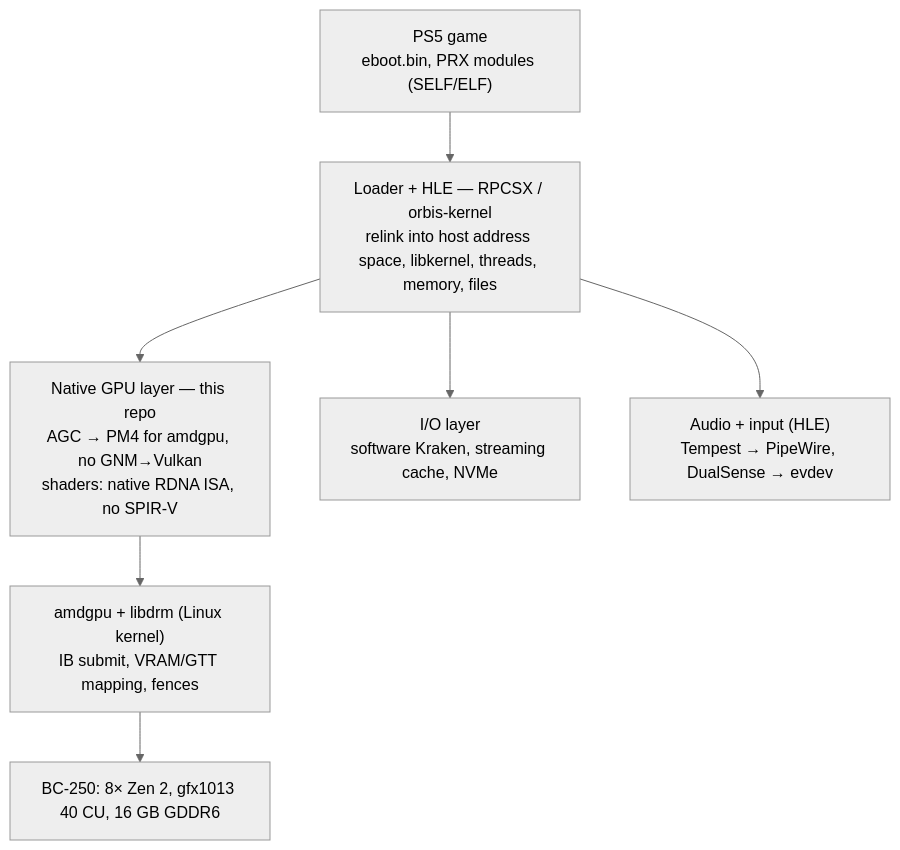
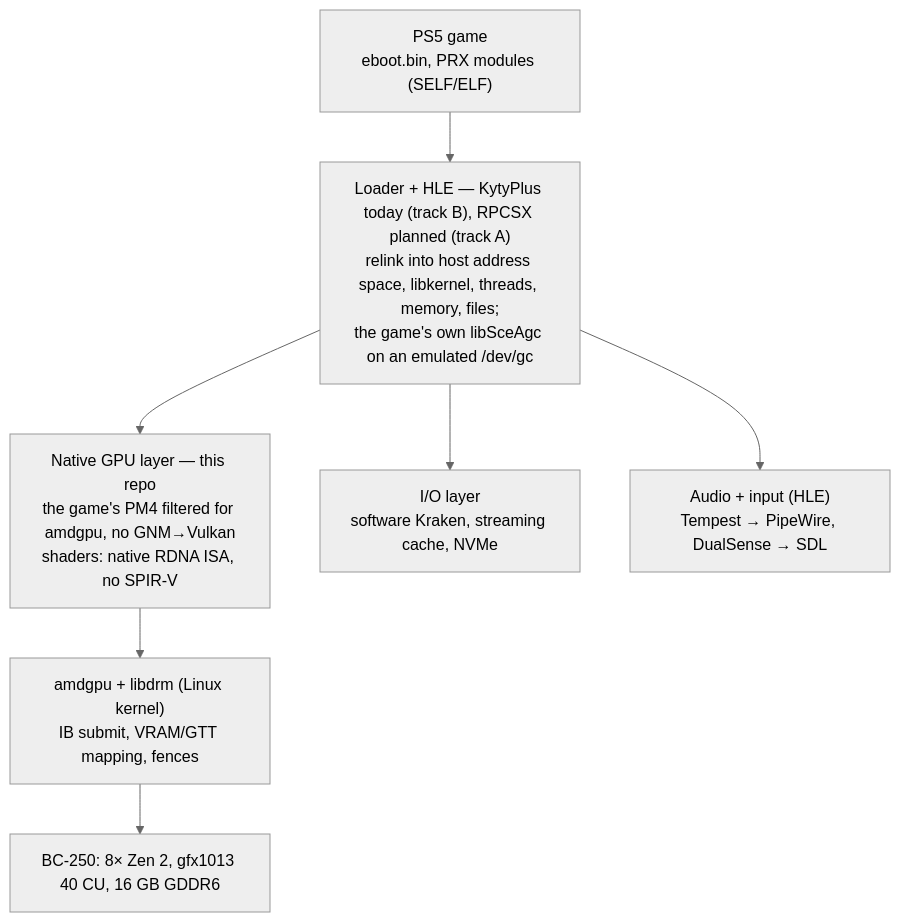
One commit to RedMadKnight/BC5 changed the diagram in README.md. Above: the diagram before and after it, drawn with Mermaid (neutral theme). The commit also changed other lines of this file and 5 other files, not shown here.

````diff
--- a/README.md
+++ b/README.md
@@ -50,13 +70,13 @@
 ```mermaid
 flowchart TD
     G["PS5 game<br/>eboot.bin, PRX modules (SELF/ELF)"]
-    L["Loader + HLE — RPCSX / orbis-kernel<br/>relink into host address space, libkernel, threads, memory, files"]
-    B["Native GPU layer — this repo<br/>AGC → PM4 for amdgpu, no GNM→Vulkan<br/>shaders: native RDNA ISA, no SPIR-V"]
+    L["Loader + HLE — KytyPlus today (track B), RPCSX planned (track A)<br/>relink into host address space, libkernel, threads, memory, files;<br/>the game's own libSceAgc on an emulated /dev/gc"]
+    B["Native GPU layer — this repo<br/>the game's PM4 filtered for amdgpu, no GNM→Vulkan<br/>shaders: native RDNA ISA, no SPIR-V"]
     K["amdgpu + libdrm (Linux kernel)<br/>IB submit, VRAM/GTT mapping, fences"]
     H["BC-250: 8× Zen 2, gfx1013 40 CU, 16 GB GDDR6"]
     IO["I/O layer<br/>software Kraken, streaming cache, NVMe"]
-    AU["Audio + input (HLE)<br/>Tempest → PipeWire, DualSense → evdev"]
+    AU["Audio + input (HLE)<br/>Tempest → PipeWire, DualSense → SDL"]
     G --> L --> B --> K --> H
     L --> IO
     L --> AU
 ```
````
